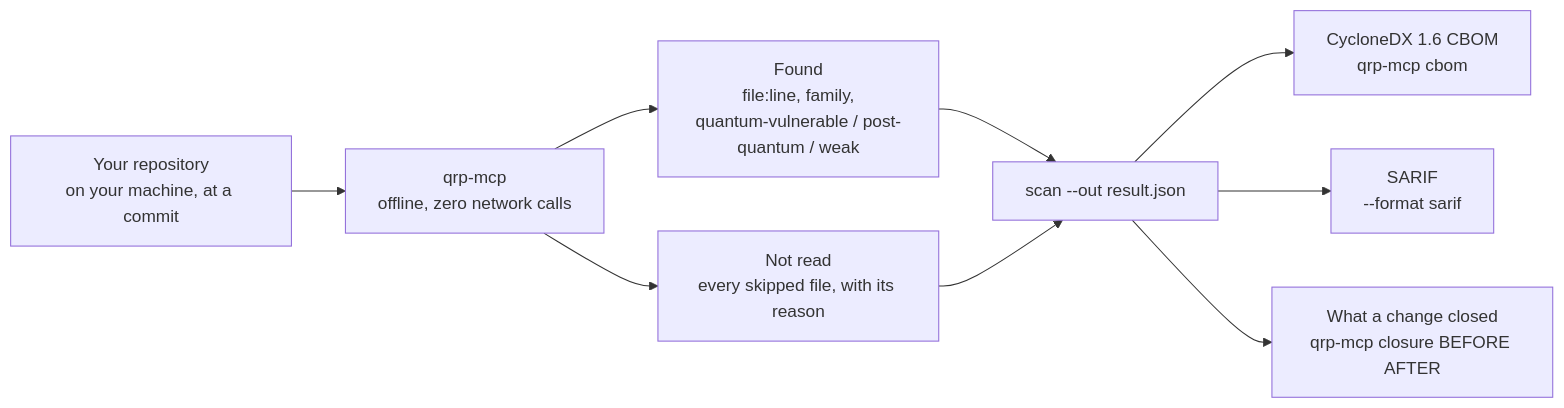
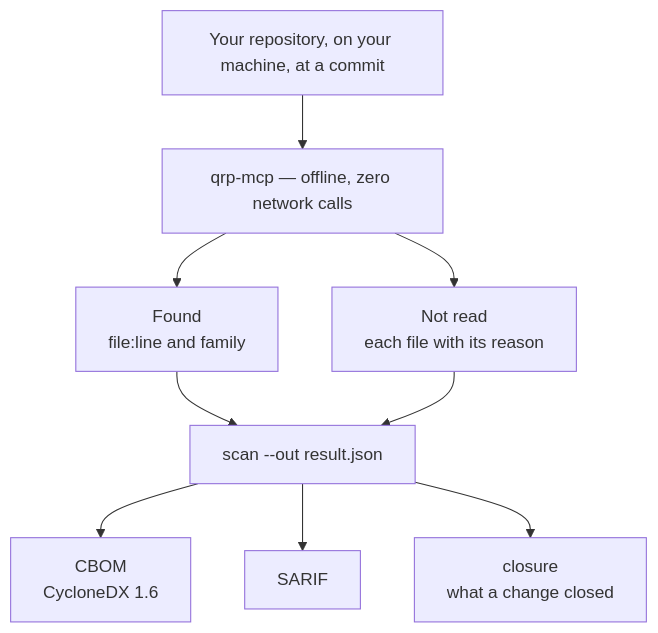
Before and after one commit to StanimirTenev/qrp-mcp: the diagram in README.md, drawn with Mermaid.

Commit message:
README: the map top-down, so it fits a phone screen
Claude-Session: https://claude.ai/code/session_01JCzhSBrbKhasKxAkjJ6ZbE

````diff
--- a/README.md
+++ b/README.md
@@ -22,11 +22,11 @@
 ```mermaid
-flowchart LR
-    R["Your repository<br/>on your machine, at a commit"] --> Q["qrp-mcp<br/>offline, zero network calls"]
-    Q --> F["Found<br/>file:line, family,<br/>quantum-vulnerable / post-quantum / weak"]
-    Q --> N["Not read<br/>every skipped file, with its reason"]
+flowchart TD
+    R["Your repository, on your machine, at a commit"] --> Q["qrp-mcp — offline, zero network calls"]
+    Q --> F["Found<br/>file:line and family"]
+    Q --> N["Not read<br/>each file with its reason"]
     F --> J["scan --out result.json"]
     N --> J
-    J --> C["CycloneDX 1.6 CBOM<br/>qrp-mcp cbom"]
-    J --> S["SARIF<br/>--format sarif"]
-    J --> X["What a change closed<br/>qrp-mcp closure BEFORE AFTER"]
+    J --> C["CBOM<br/>CycloneDX 1.6"]
+    J --> S["SARIF"]
+    J --> X["closure<br/>what a change closed"]
 ```
````
